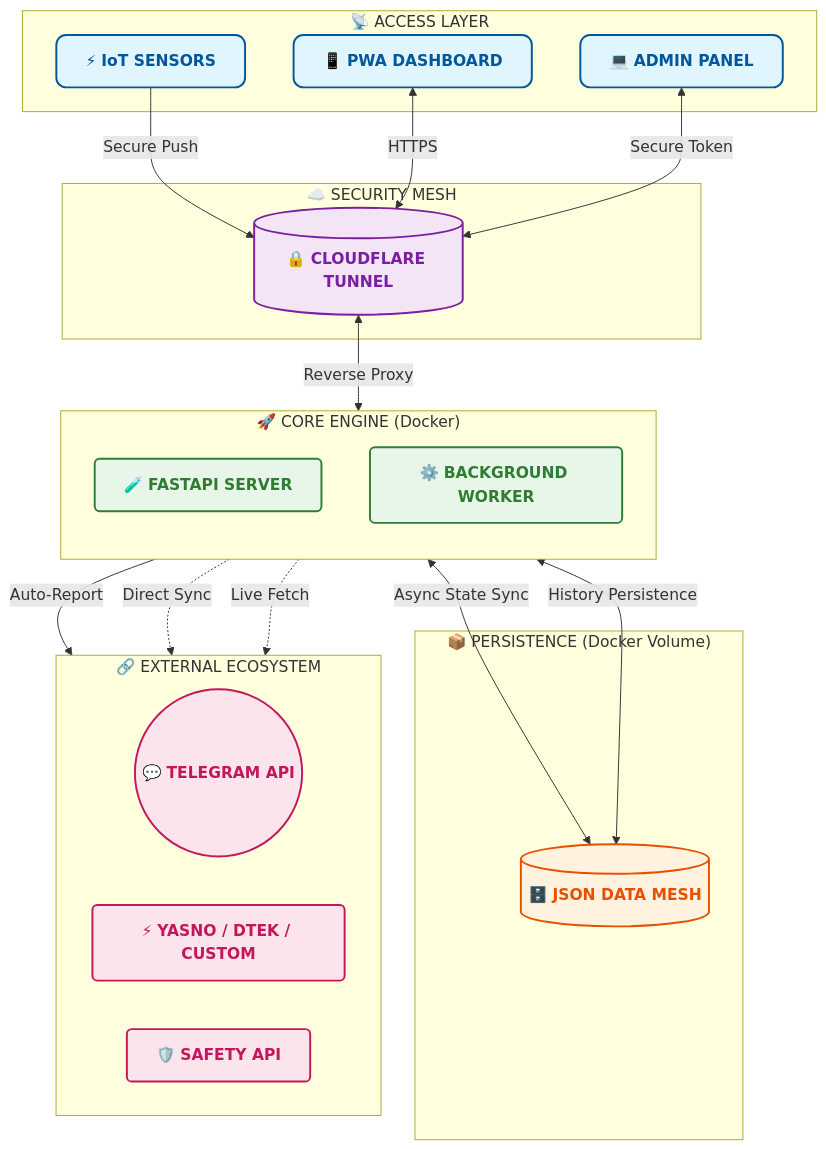
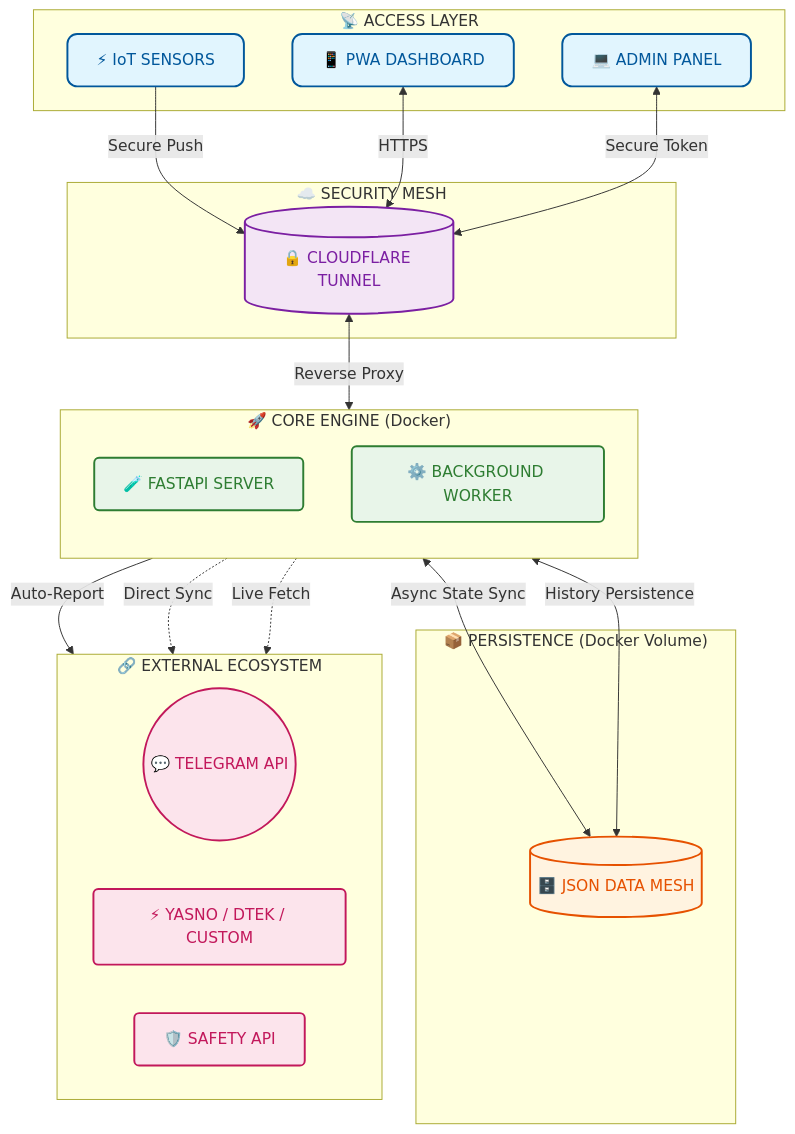
Before and after one commit to weby-homelab/flash-monitor-kyiv: the diagram in README.md, drawn with Mermaid. The commit also changed 1 other file, not shown here.

Commit message:
docs: fix Mermaid 'Could not find a suitable point' error by removing HTML tags from node definitions

````diff
--- a/README.md
+++ b/README.md
@@ -83,51 +83,51 @@
 ```mermaid
 flowchart TD
     classDef access fill:#e1f5fe,stroke:#01579b,stroke-width:2px,color:#01579b,rx:10,ry:10
     classDef network fill:#f3e5f5,stroke:#7b1fa2,stroke-width:2px,color:#7b1fa2,rx:5,ry:5
     classDef core fill:#e8f5e9,stroke:#2e7d32,stroke-width:2px,color:#2e7d32,rx:5,ry:5
     classDef storage fill:#fff3e0,stroke:#e65100,stroke-width:2px,color:#e65100,rx:10,ry:10
     classDef external fill:#fce4ec,stroke:#c2185b,stroke-width:2px,color:#c2185b,rx:5,ry:5
 
     subgraph Access ["📡 ACCESS LAYER"]
-        IoT["⚡ <b>IoT SENSORS</b>"]
-        PWA["📱 <b>PWA DASHBOARD</b>"]
-        ADM["💻 <b>ADMIN PANEL</b>"]
+        IoT["⚡ IoT SENSORS"]
+        PWA["📱 PWA DASHBOARD"]
+        ADM["💻 ADMIN PANEL"]
     end
 
     subgraph Network ["☁️ SECURITY MESH"]
-        CF[("🔒 <b>CLOUDFLARE TUNNEL</b>")]
+        CF[("🔒 CLOUDFLARE TUNNEL")]
     end
 
     subgraph Core ["🚀 CORE ENGINE (Docker)"]
         direction TB
-        WEB["🧪 <b>FASTAPI SERVER</b>"]
-        WORKER["⚙️ <b>BACKGROUND WORKER</b>"]
+        WEB["🧪 FASTAPI SERVER"]
+        WORKER["⚙️ BACKGROUND WORKER"]
     end
 
     subgraph Storage ["📦 PERSISTENCE (Docker Volume)"]
-        JSON[("🗄️ <b>JSON DATA MESH</b>")]
+        JSON[("🗄️ JSON DATA MESH")]
     end
 
     subgraph Integration ["🔗 EXTERNAL ECOSYSTEM"]
         direction LR
-        TG(("💬 <b>TELEGRAM API</b>"))
-        DTEK["⚡ <b>YASNO / DTEK / CUSTOM</b>"]
-        SAFE["🛡️ <b>SAFETY API</b>"]
+        TG(("💬 TELEGRAM API"))
+        DTEK["⚡ YASNO / DTEK / CUSTOM"]
+        SAFE["🛡️ SAFETY API"]
     end
 
     IoT -->|Secure Push| CF
     PWA <-->|HTTPS| CF
     ADM <-->|Secure Token| CF
     CF <-->|Reverse Proxy| WEB
     WEB <-->|Async State Sync| JSON
     WORKER <-->|History Persistence| JSON
     WORKER -->|Auto-Report| TG
     WORKER -.->|Direct Sync| DTEK
     WEB -.->|Live Fetch| SAFE
 
     class IoT,PWA,ADM access
     class CF network
     class WEB,WORKER core
     class JSON storage
     class TG,DTEK,SAFE external
 ```
````
